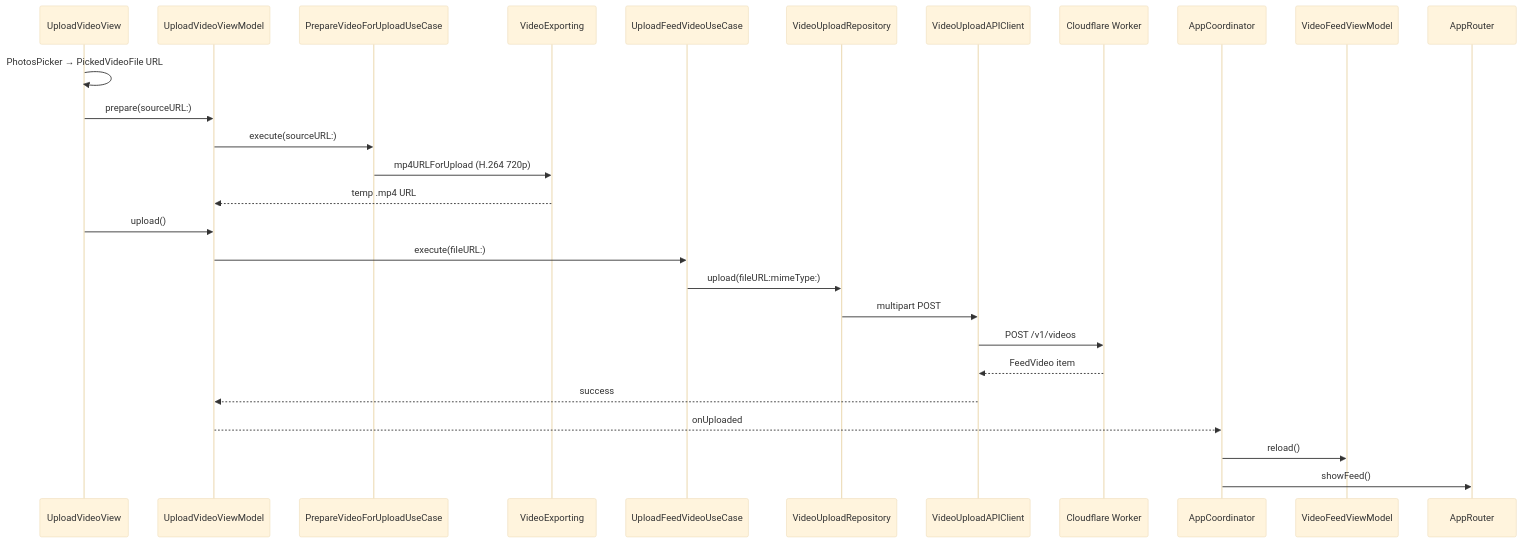
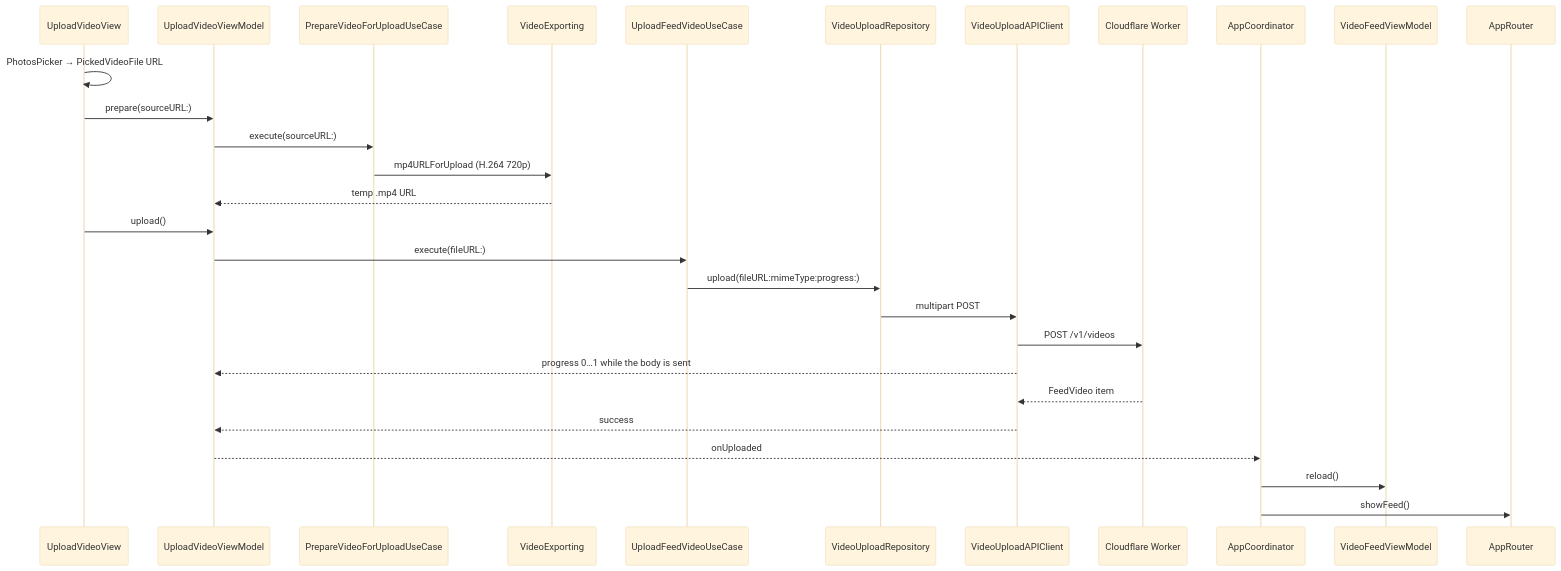
One commit to SomsakGitHub/Marauders changed the sixth of 7 diagrams in ARCHITECTURE.md. Above: the diagram before and after it, drawn with Mermaid (base theme). The commit also changed other lines of this file, not shown here.

First line of the commit message:
Document the streamed, progress-reporting upload path

````diff
--- a/ARCHITECTURE.md
+++ b/ARCHITECTURE.md
@@ -421,30 +423,31 @@
 ```mermaid
 sequenceDiagram
   participant View as UploadVideoView
   participant VM as UploadVideoViewModel
   participant Prep as PrepareVideoForUploadUseCase
   participant Export as VideoExporting
   participant Up as UploadFeedVideoUseCase
   participant Repo as VideoUploadRepository
   participant API as VideoUploadAPIClient
   participant Worker as Cloudflare Worker
   participant Coord as AppCoordinator
   participant FeedVM as VideoFeedViewModel
   participant Router as AppRouter
 
   View->>View: PhotosPicker → PickedVideoFile URL
   View->>VM: prepare(sourceURL:)
   VM->>Prep: execute(sourceURL:)
   Prep->>Export: mp4URLForUpload (H.264 720p)
   Export-->>VM: temp .mp4 URL
   View->>VM: upload()
   VM->>Up: execute(fileURL:)
-  Up->>Repo: upload(fileURL:mimeType:)
+  Up->>Repo: upload(fileURL:mimeType:progress:)
   Repo->>API: multipart POST
   API->>Worker: POST /v1/videos
+  API-->>VM: progress 0…1 while the body is sent
   Worker-->>API: FeedVideo item
   API-->>VM: success
   VM-->>Coord: onUploaded
   Coord->>FeedVM: reload()
   Coord->>Router: showFeed()
 ```
````
